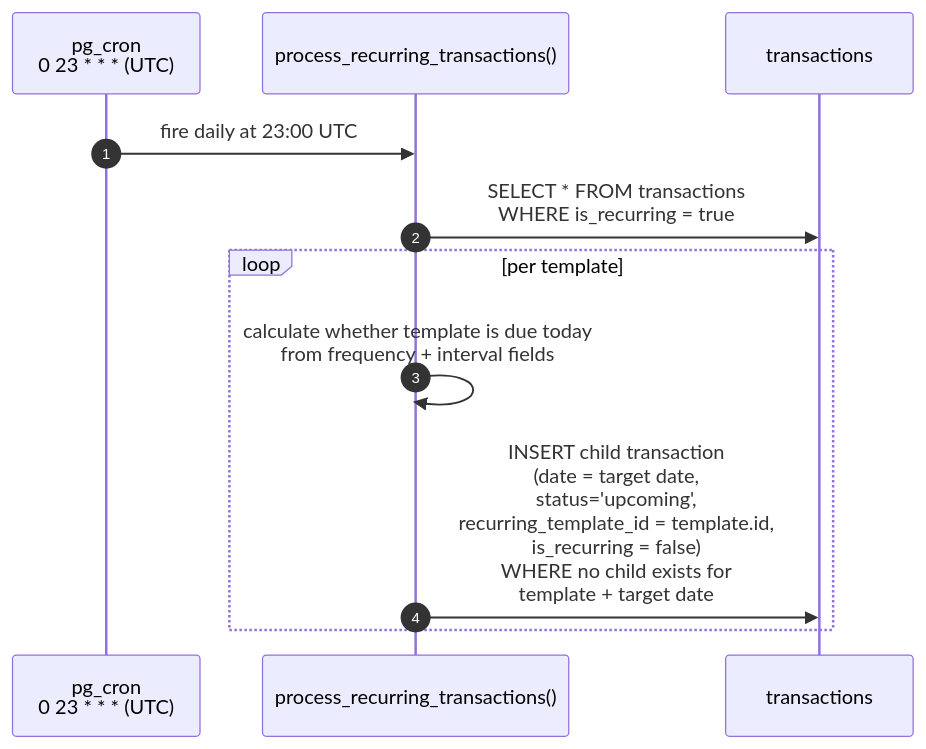
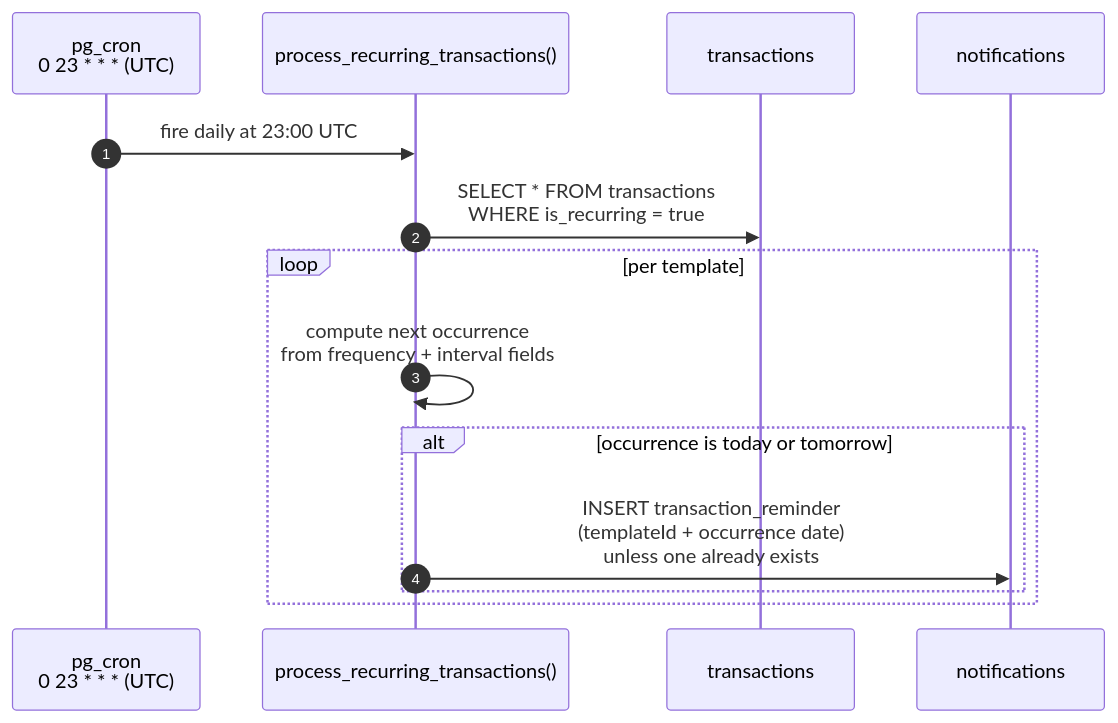
One commit to adrianghub/portfelik changed the first of 3 diagrams in docs/architecture/flows/recurring-transactions.md. Above: the diagram before and after it, drawn with Mermaid. The commit also changed other lines of this file and 3 other files, not shown here.

Commit message:
docs: product review 2026-06-11 + architecture/agent docs refresh

````diff
--- a/docs/architecture/flows/recurring-transactions.md
+++ b/docs/architecture/flows/recurring-transactions.md
@@ -11,14 +21,17 @@
 ```mermaid
 sequenceDiagram
     autonumber
     participant Cron as pg_cron<br/>0 23 * * * (UTC)
     participant Job as process_recurring_transactions()
     participant T as transactions
+    participant N as notifications
 
     Cron->>Job: fire daily at 23:00 UTC
     Job->>T: SELECT * FROM transactions<br/>WHERE is_recurring = true
     loop per template
-        Job->>Job: calculate whether template is due today<br/>from frequency + interval fields
-        Job->>T: INSERT child transaction<br/>(date = target date,<br/> status='upcoming',<br/> recurring_template_id = template.id,<br/> is_recurring = false)<br/>WHERE no child exists for<br/>template + target date
+        Job->>Job: compute next occurrence<br/>from frequency + interval fields
+        alt occurrence is today or tomorrow
+            Job->>N: INSERT transaction_reminder<br/>(templateId + occurrence date)<br/>unless one already exists
+        end
     end
 ```
````
